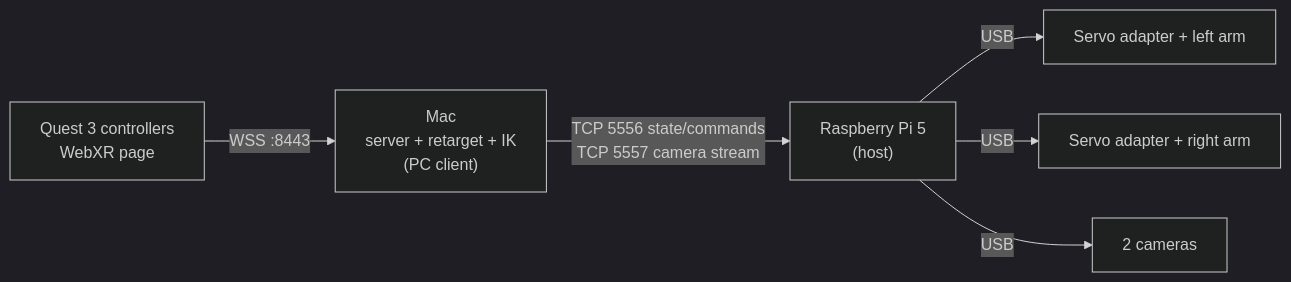
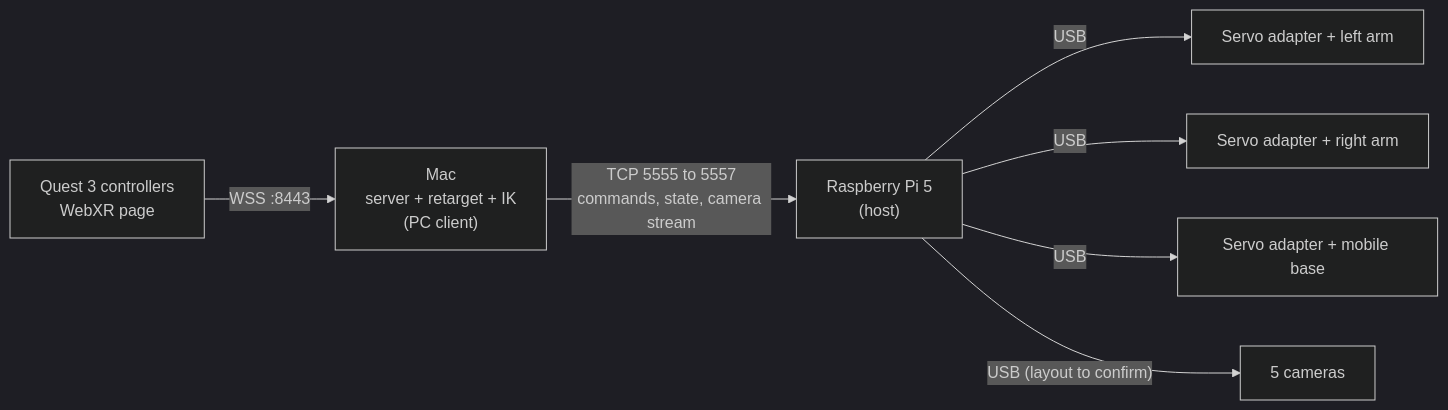
One commit to Jackie-lab-maker/micronbot changed the third of 6 diagrams in robot-learning/README.md. Above: the diagram before and after it, drawn with Mermaid (dark theme). The commit also changed other lines of this file, not shown here.

First line of the commit message:
Add diagrams: Quest-to-arm flow, base-motion options, policy plan pipeline, Trial 3 layers; fix Trial 2 architecture

````diff
--- a/robot-learning/README.md
+++ b/robot-learning/README.md
@@ -424,8 +436,9 @@
 ```mermaid
 flowchart LR
     Q["Quest 3 controllers<br/>WebXR page"] -- "WSS :8443" --> M["Mac<br/>server + retarget + IK<br/>(PC client)"]
-    M -- "TCP 5556 state/commands<br/>TCP 5557 camera stream" --> P["Raspberry Pi 5<br/>(host)"]
+    M -- "TCP 5555 to 5557<br/>commands, state, camera stream" --> P["Raspberry Pi 5<br/>(host)"]
     P -- "USB" --> L["Servo adapter + left arm"]
     P -- "USB" --> R["Servo adapter + right arm"]
-    P -- "USB" --> C["2 cameras"]
+    P -- "USB" --> B["Servo adapter + mobile base"]
+    P -- "USB (layout to confirm)" --> C["5 cameras"]
 ```
````
